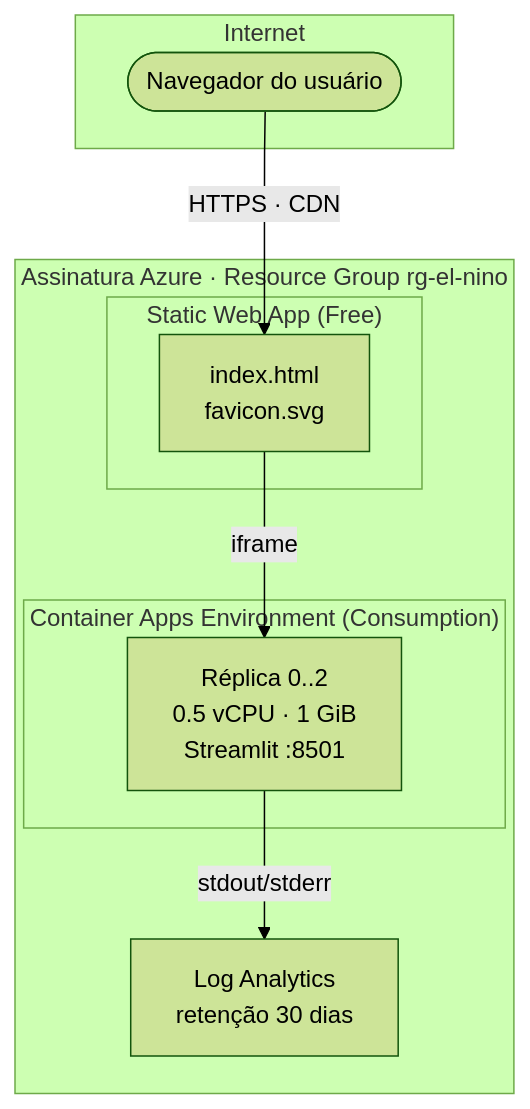
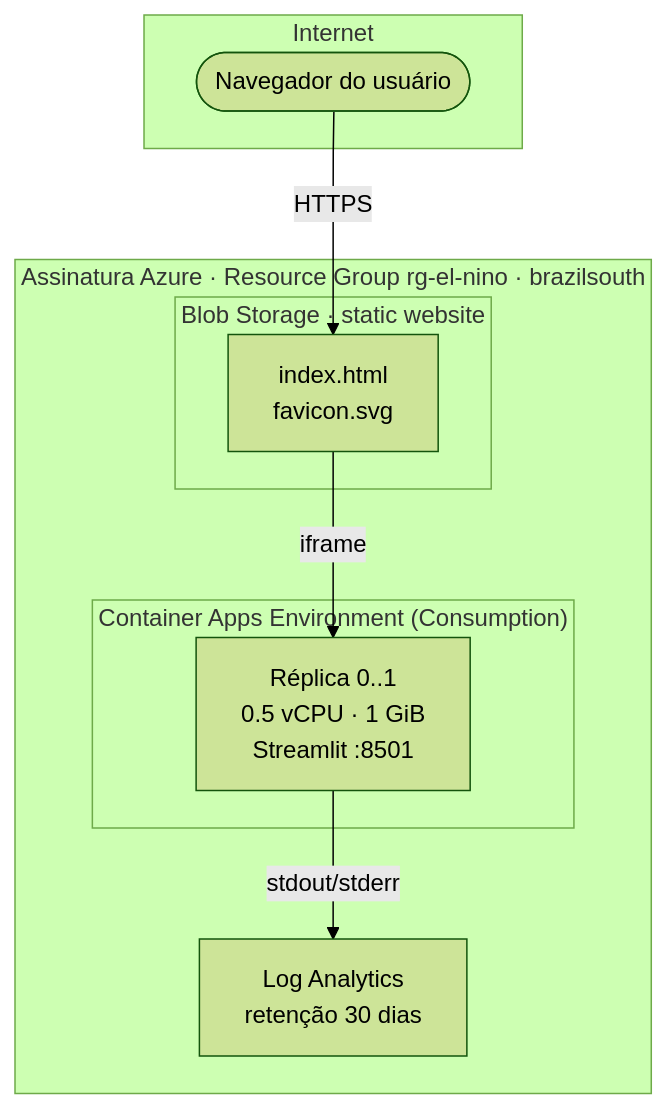
One commit to enosbarros-dotcom/el-nino changed the second of 2 diagrams in azure_pipeline.md. Above: the diagram before and after it, drawn with Mermaid (forest theme). The commit also changed other lines of this file, not shown here.

Commit message:
docs: sincroniza azure_pipeline.md com a arquitetura final (brazilsouth + Blob Storage static website)

````diff
--- a/azure_pipeline.md
+++ b/azure_pipeline.md
@@ -61,20 +63,20 @@
 ```mermaid
 flowchart TD
     subgraph internet["Internet"]
         u([Navegador do usuário])
     end
 
-    subgraph azure["Assinatura Azure · Resource Group rg-el-nino"]
-        subgraph swaRes["Static Web App (Free)"]
+    subgraph azure["Assinatura Azure · Resource Group rg-el-nino · brazilsouth"]
+        subgraph blobRes["Blob Storage · static website"]
             html["index.html<br/>favicon.svg"]
         end
         subgraph caRes["Container Apps Environment (Consumption)"]
-            replica["Réplica 0..2<br/>0.5 vCPU · 1 GiB<br/>Streamlit :8501"]
+            replica["Réplica 0..1<br/>0.5 vCPU · 1 GiB<br/>Streamlit :8501"]
         end
         la["Log Analytics<br/>retenção 30 dias"]
     end
 
-    u -->|HTTPS · CDN| html
+    u -->|HTTPS| html
     html -->|iframe| replica
     replica -->|stdout/stderr| la
 ```
````
